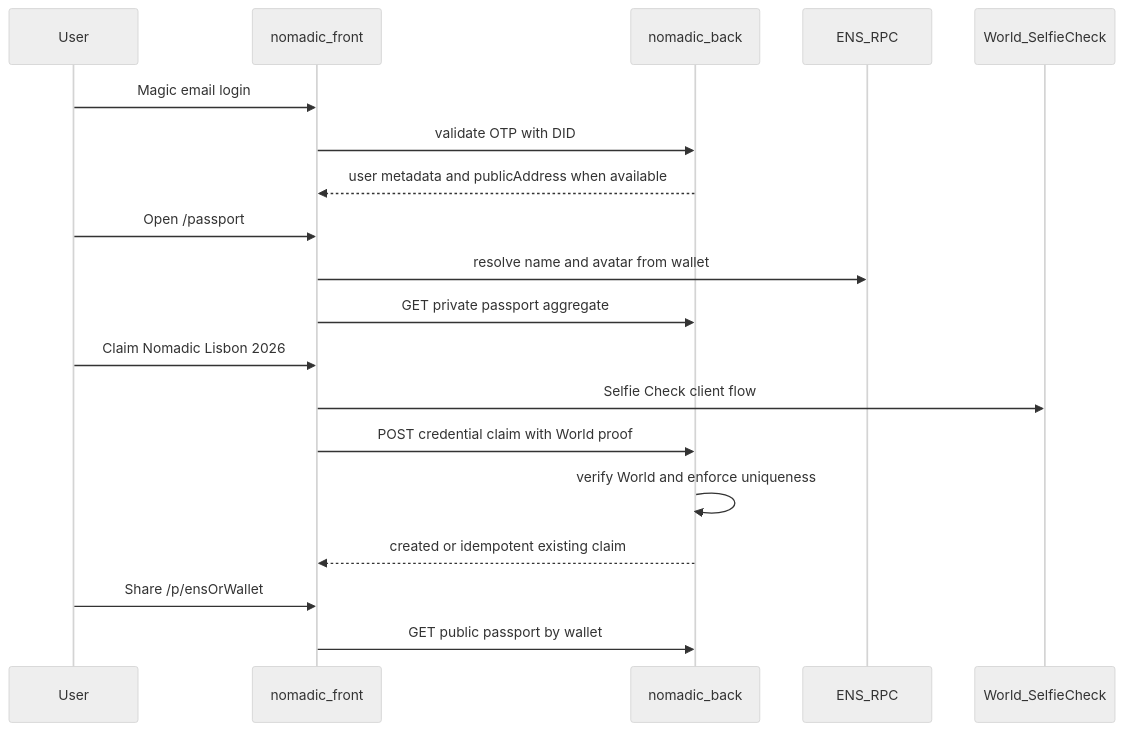
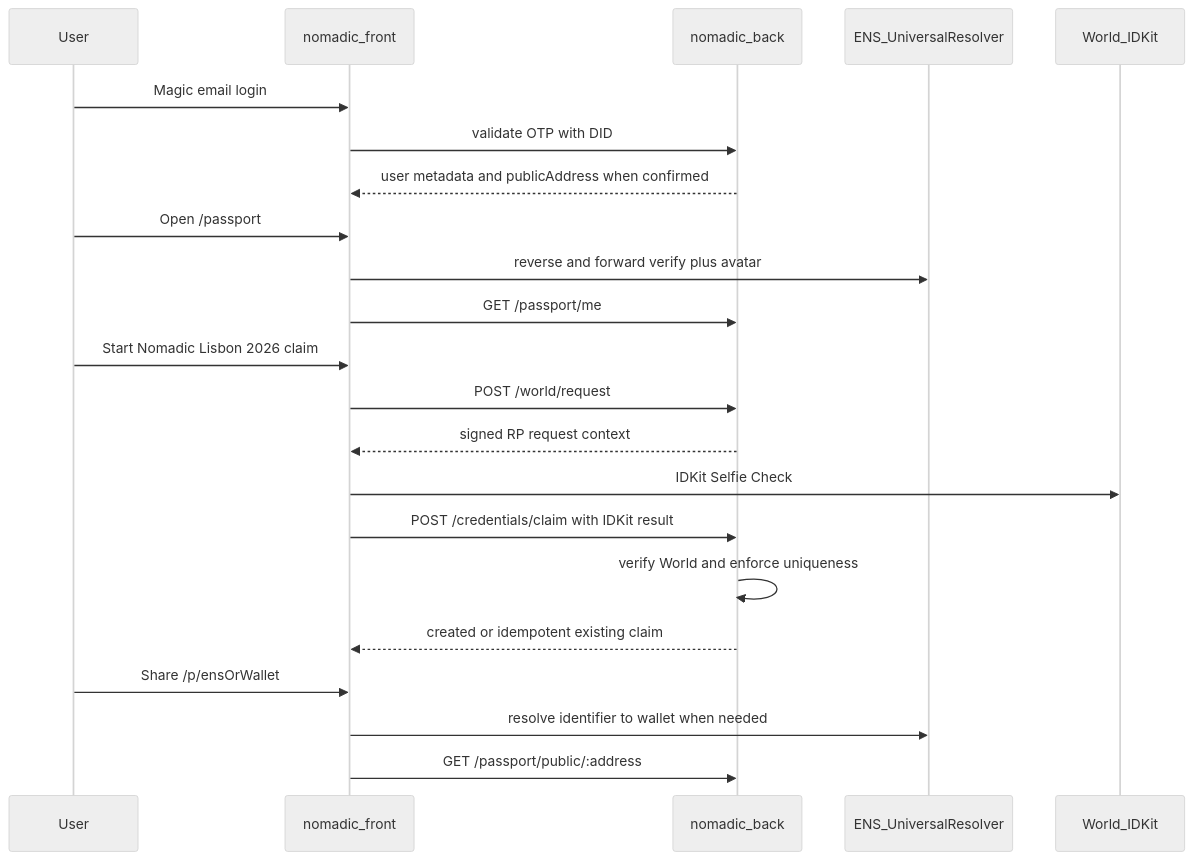
The diagram in docs/LISBON_MVP.md (Nomadic-Accelerationism/nomadic-front), drawn with Mermaid (neutral theme) before and after one commit. The commit also changed other lines of this file and 4 other files, not shown here.

First line of the commit message:
docs: finalize Lisbon ENS, World RP, and route contracts

````diff
--- a/docs/LISBON_MVP.md
+++ b/docs/LISBON_MVP.md
@@ -137,22 +159,25 @@
 ```mermaid
 sequenceDiagram
   participant User
   participant Front as nomadic_front
   participant Back as nomadic_back
-  participant ENS as ENS_RPC
-  participant World as World_SelfieCheck
+  participant ENS as ENS_UniversalResolver
+  participant World as World_IDKit
 
   User->>Front: Magic email login
   Front->>Back: validate OTP with DID
-  Back-->>Front: user metadata and publicAddress when available
+  Back-->>Front: user metadata and publicAddress when confirmed
   User->>Front: Open /passport
-  Front->>ENS: resolve name and avatar from wallet
-  Front->>Back: GET private passport aggregate
-  User->>Front: Claim Nomadic Lisbon 2026
-  Front->>World: Selfie Check client flow
-  Front->>Back: POST credential claim with World proof
+  Front->>ENS: reverse and forward verify plus avatar
+  Front->>Back: GET /passport/me
+  User->>Front: Start Nomadic Lisbon 2026 claim
+  Front->>Back: POST /world/request
+  Back-->>Front: signed RP request context
+  Front->>World: IDKit Selfie Check
+  Front->>Back: POST /credentials/claim with IDKit result
   Back->>Back: verify World and enforce uniqueness
   Back-->>Front: created or idempotent existing claim
   User->>Front: Share /p/ensOrWallet
-  Front->>Back: GET public passport by wallet
+  Front->>ENS: resolve identifier to wallet when needed
+  Front->>Back: GET /passport/public/:address
 ```
````
